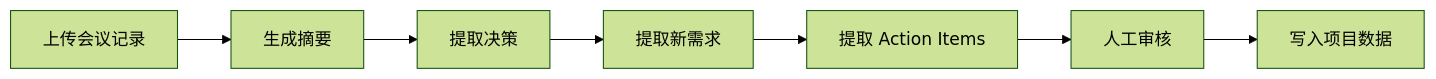
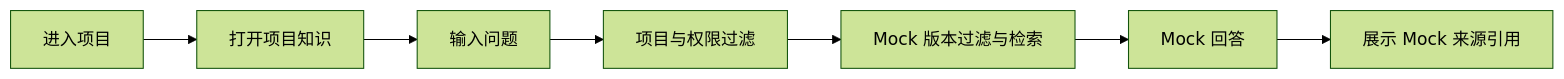
One commit to 27ruien/ProjectAI changed the third of 4 diagrams in docs/USER_FLOWS.md. Above: the diagram before and after it, drawn with Mermaid (forest theme). The commit also changed other lines of this file and 80 other files, not shown here.

````diff
--- a/docs/USER_FLOWS.md
+++ b/docs/USER_FLOWS.md
@@ -45,9 +55,9 @@
 ```mermaid
 flowchart LR
-  A["上传会议记录"] --> B["生成摘要"]
-  B --> C["提取决策"]
-  C --> D["提取新需求"]
-  D --> E["提取 Action Items"]
-  E --> F["人工审核"]
-  F --> G["写入项目数据"]
+  A["进入项目"] --> B["打开项目知识"]
+  B --> C["输入问题"]
+  C --> D["项目与权限过滤"]
+  D --> E["Mock 版本过滤与检索"]
+  E --> F["Mock 回答"]
+  F --> G["展示 Mock 来源引用"]
 ```
````
